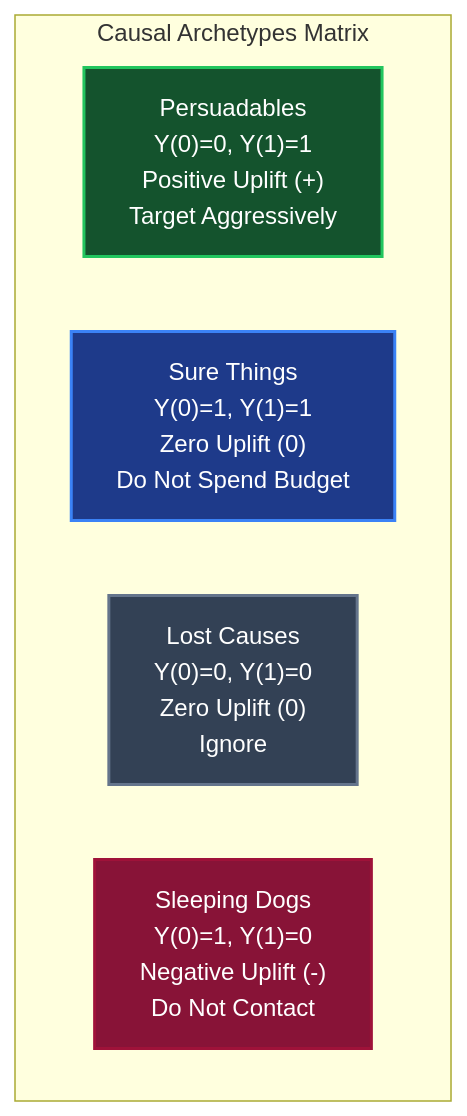
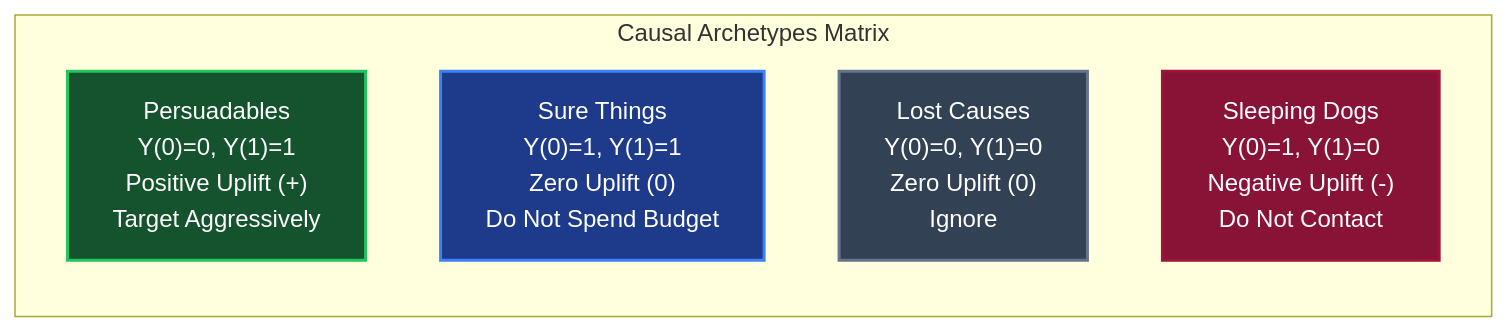
One commit to jkapila/mltreelib changed the diagram in docs/blog/uplift-modeling-with-causal-trees.md. Above: the diagram before and after it, drawn with Mermaid. The commit also changed 25 other files, not shown here.

Commit message:
docs: reduce mermaid diagram height, add suite orchestrator, and link guides

````diff
--- a/docs/blog/uplift-modeling-with-causal-trees.md
+++ b/docs/blog/uplift-modeling-with-causal-trees.md
@@ -39,19 +39,19 @@
 ```mermaid
-flowchart TD
+flowchart LR
     subgraph Matrix["Causal Archetypes Matrix"]
         A["Persuadables\nY(0)=0, Y(1)=1\nPositive Uplift (+)\nTarget Aggressively"]
         B["Sure Things\nY(0)=1, Y(1)=1\nZero Uplift (0)\nDo Not Spend Budget"]
         C["Lost Causes\nY(0)=0, Y(1)=0\nZero Uplift (0)\nIgnore"]
         D["Sleeping Dogs\nY(0)=1, Y(1)=0\nNegative Uplift (-)\nDo Not Contact"]
     end
 
     classDef greenBox fill:#14532d,stroke:#22c55e,stroke-width:2px,color:#ffffff;
     classDef blueBox fill:#1e3a8a,stroke:#3b82f6,stroke-width:2px,color:#ffffff;
     classDef grayBox fill:#334155,stroke:#64748b,stroke-width:2px,color:#ffffff;
     classDef redBox fill:#881337,stroke:#9f1239,stroke-width:2px,color:#ffffff;
 
     class A greenBox;
     class B blueBox;
     class C grayBox;
     class D redBox;
 ```
````
